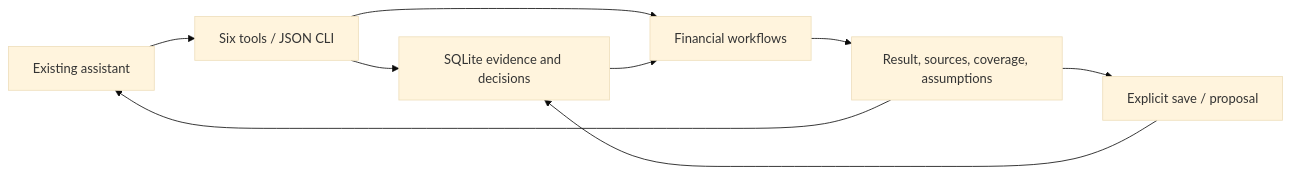
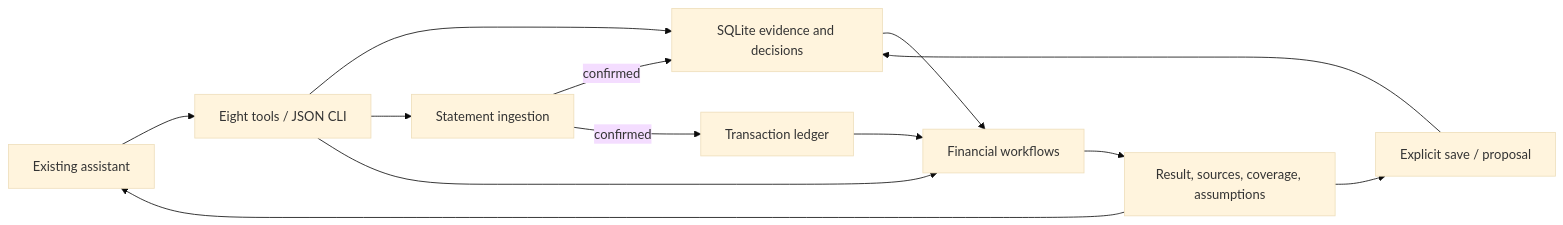
Before and after one commit to isaacentebi/wealth-harness: the diagram in docs/architecture.md, drawn with Mermaid (base theme). The commit also changed other lines of this file and 17 other files, not shown here.

````diff
--- a/docs/architecture.md
+++ b/docs/architecture.md
@@ -7,11 +7,15 @@
 ```mermaid
 flowchart LR
-    Host[Existing assistant] --> API[Six tools / JSON CLI]
+    Host[Existing assistant] --> API[Eight tools / JSON CLI]
     API --> Memory[SQLite evidence and decisions]
+    API --> Ingest[Statement ingestion]
+    Ingest -->|confirmed| Memory
+    Ingest -->|confirmed| Ledger[Transaction ledger]
+    Ledger --> Financial
     API --> Financial[Financial workflows]
     Memory --> Financial
     Financial --> Report[Result, sources, coverage, assumptions]
     Report --> Host
     Report --> Save[Explicit save / proposal]
     Save --> Memory
 ```
````
